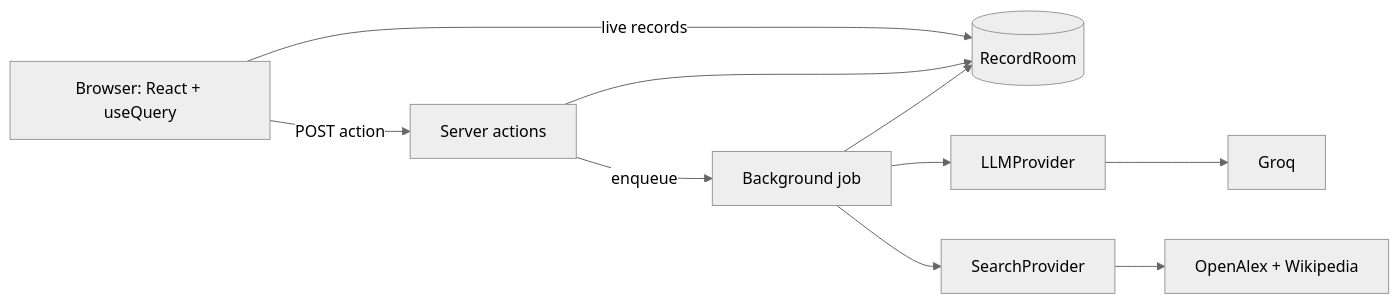
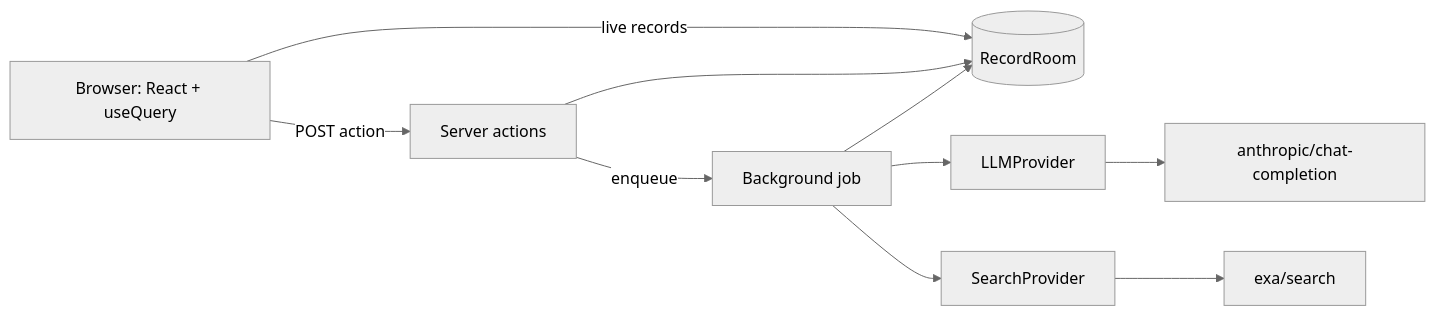
One commit to sanjurevanthar/scoutroom changed the diagram in README.md. Above: the diagram before and after it, drawn with Mermaid (neutral theme). The commit also changed other lines of this file and 13 other files, not shown here.

````diff
--- a/README.md
+++ b/README.md
@@ -40,12 +41,12 @@
 ```mermaid
 flowchart LR
   UI[Browser: React + useQuery] -- live records --> REC[(RecordRoom)]
   UI -- POST action --> ACT[Server actions]
   ACT --> REC
   ACT -- enqueue --> JOB[Background job]
   JOB --> REC
   JOB --> LLM[LLMProvider]
   JOB --> SRCH[SearchProvider]
-  LLM --> GROQ[Groq]
-  SRCH --> OA[OpenAlex + Wikipedia]
+  LLM --> AN[anthropic/chat-completion]
+  SRCH --> EXA[exa/search]
 ```
````
